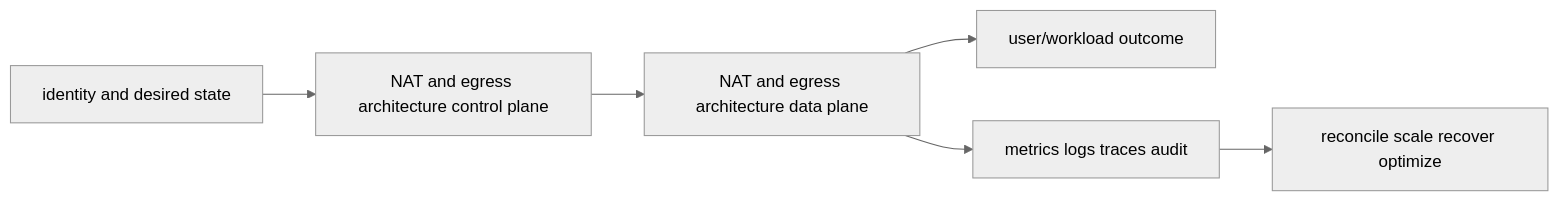
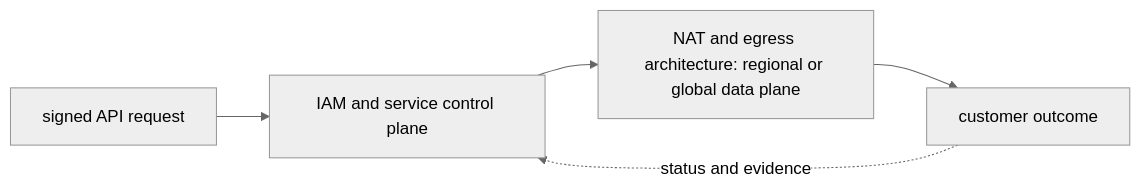
One commit to tomkidumbuyo/DevOps-interview-preparation changed the diagram in 07-aws/02-networking/03-nat-egress/README.md. Above: the diagram before and after it, drawn with Mermaid (neutral theme). The commit also changed other lines of this file and 753 other files, not shown here.

````diff
--- a/07-aws/02-networking/03-nat-egress/README.md
+++ b/07-aws/02-networking/03-nat-egress/README.md
@@ -19,8 +31,7 @@
 ```mermaid
 flowchart LR
-  I[identity and desired state] --> C[NAT and egress architecture control plane]
-  C --> D[NAT and egress architecture data plane]
-  D --> U[user/workload outcome]
-  D --> O[metrics logs traces audit]
-  O --> R[reconcile scale recover optimize]
+  A["signed API request"] --> B["IAM and service control plane"]
+  B --> C["NAT and egress architecture: regional or global data plane"]
+  C --> D["customer outcome"]
+  D -. "status and evidence" .-> B
 ```
````
